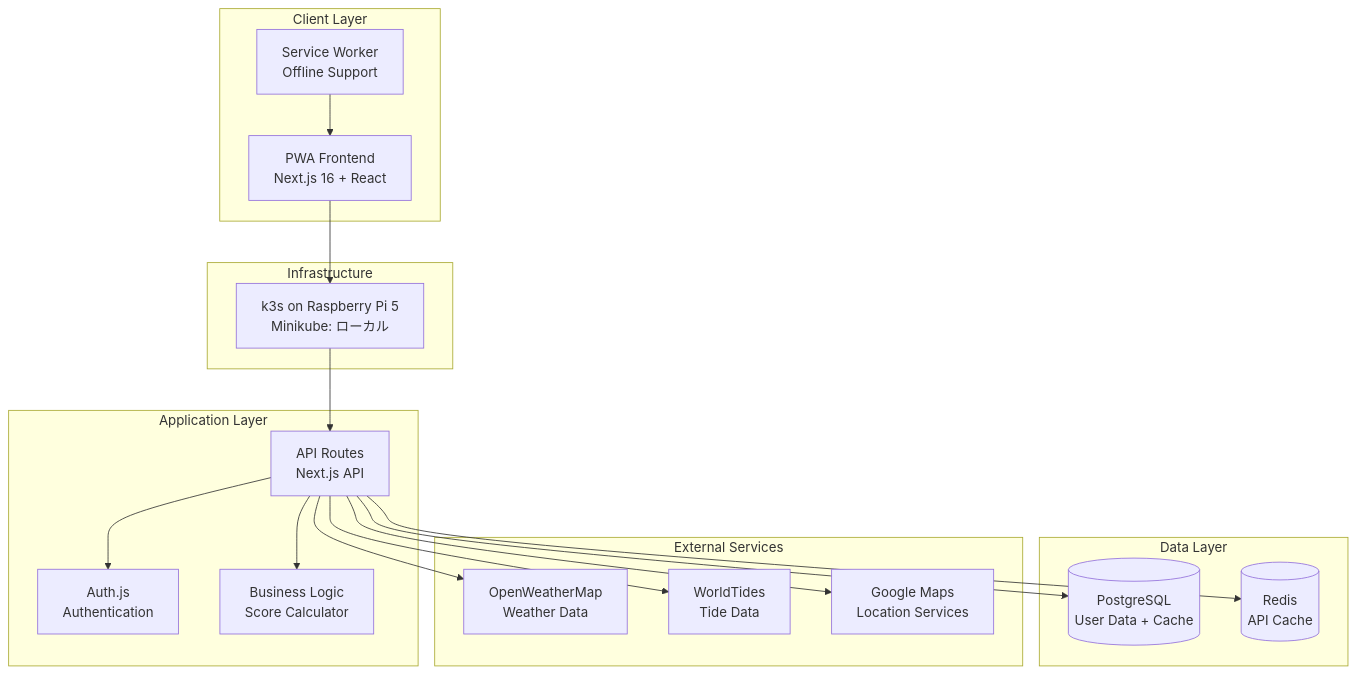
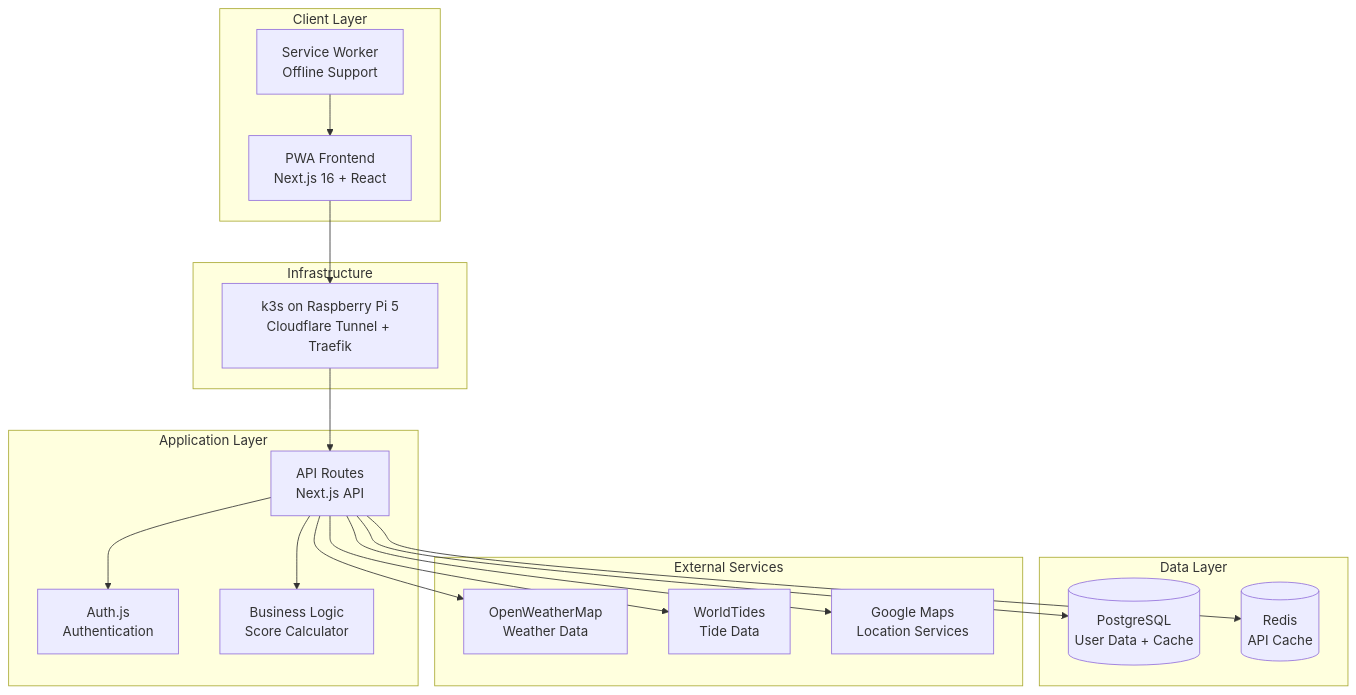
One commit to kazumadev619-dev/FishingConditionsApp changed the first of 3 diagrams in docs/reference/architecture.md. Above: the diagram before and after it, drawn with Mermaid. The commit also changed other lines of this file and 3 other files, not shown here.

````diff
--- a/docs/reference/architecture.md
+++ b/docs/reference/architecture.md
@@ -5,39 +5,39 @@
 ```mermaid
 graph TB
     subgraph "Client Layer"
         PWA[PWA Frontend<br/>Next.js 16 + React]
         SW[Service Worker<br/>Offline Support]
     end
 
     subgraph "Infrastructure"
-        K8S[k3s on Raspberry Pi 5<br/>Minikube: ローカル]
+        K8S[k3s on Raspberry Pi 5<br/>Cloudflare Tunnel + Traefik]
     end
 
     subgraph "Application Layer"
         API[API Routes<br/>Next.js API]
         Auth[Auth.js<br/>Authentication]
         BL[Business Logic<br/>Score Calculator]
     end
 
     subgraph "Data Layer"
         DB[(PostgreSQL<br/>User Data + Cache)]
         Redis[(Redis<br/>API Cache)]
     end
 
     subgraph "External Services"
         Weather[OpenWeatherMap<br/>Weather Data]
         Tide[WorldTides<br/>Tide Data]
         Maps[Google Maps<br/>Location Services]
     end
 
     PWA --> K8S
     K8S --> API
     API --> Auth
     API --> BL
     API --> DB
     API --> Redis
     API --> Weather
     API --> Tide
     API --> Maps
     SW --> PWA
 ```
````
